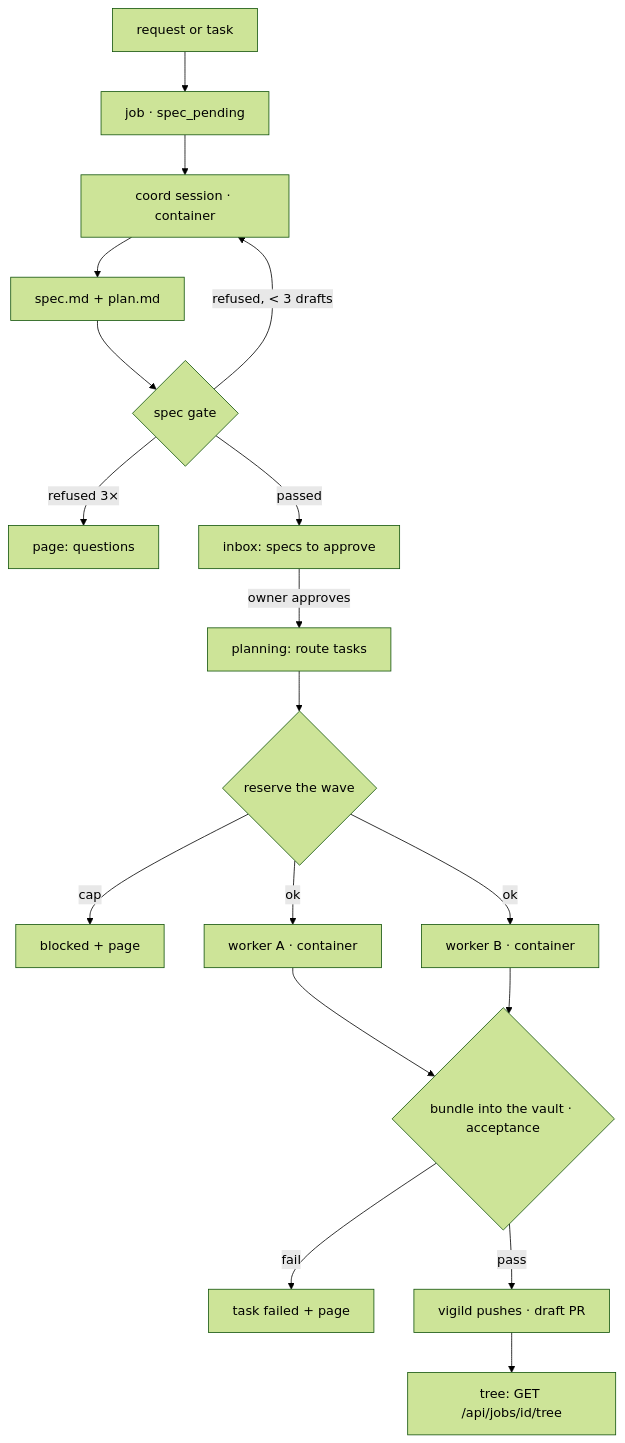
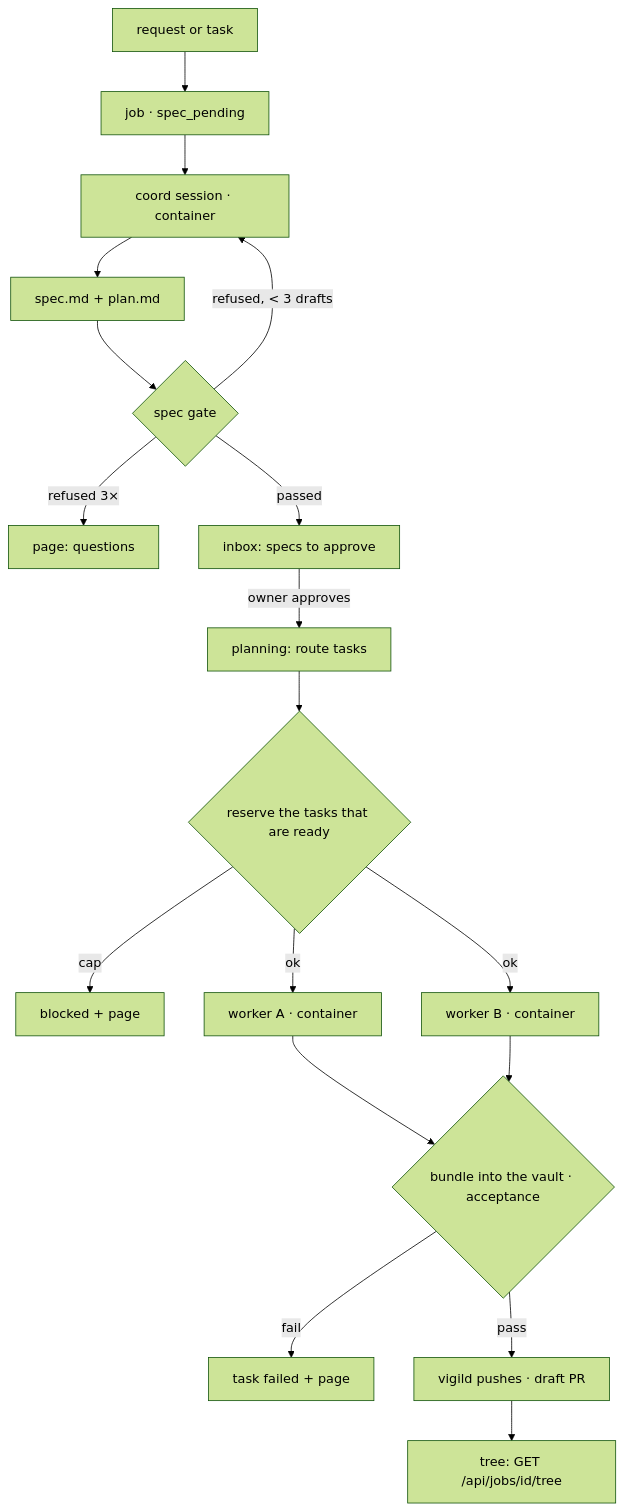
Before and after one commit to alienvisitor8675-bit/vigil: the third of 3 diagrams in docs/architecture.md, drawn with Mermaid (forest theme). The commit also changed other lines of this file and 35 other files, not shown here.

````diff
--- a/docs/architecture.md
+++ b/docs/architecture.md
@@ -235,18 +253,18 @@
 ```mermaid
 flowchart TD
   R[request or task] --> J[job · spec_pending]
   J --> C[coord session · container]
   C --> SP[spec.md + plan.md]
   SP --> G{spec gate}
   G -- refused, < 3 drafts --> C
   G -- refused 3× --> P[page: questions]
   G -- passed --> I[inbox: specs to approve]
   I -- owner approves --> PL[planning: route tasks]
-  PL --> B{reserve the wave}
+  PL --> B{reserve the tasks that are ready}
   B -- cap --> BL[blocked + page]
   B -- ok --> W1[worker A · container] & W2[worker B · container]
   W1 & W2 --> A{bundle into the vault · acceptance}
   A -- fail --> F[task failed + page]
   A -- pass --> PUB[vigild pushes · draft PR]
   PUB --> T[tree: GET /api/jobs/id/tree]
 ```
````
